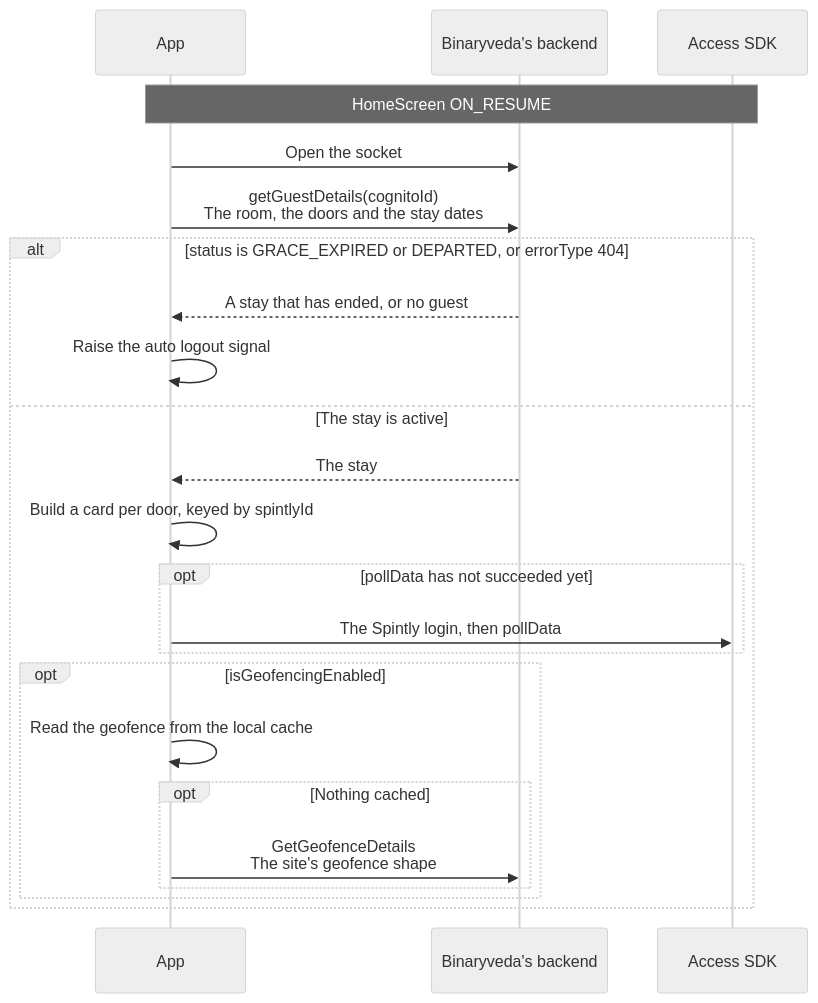
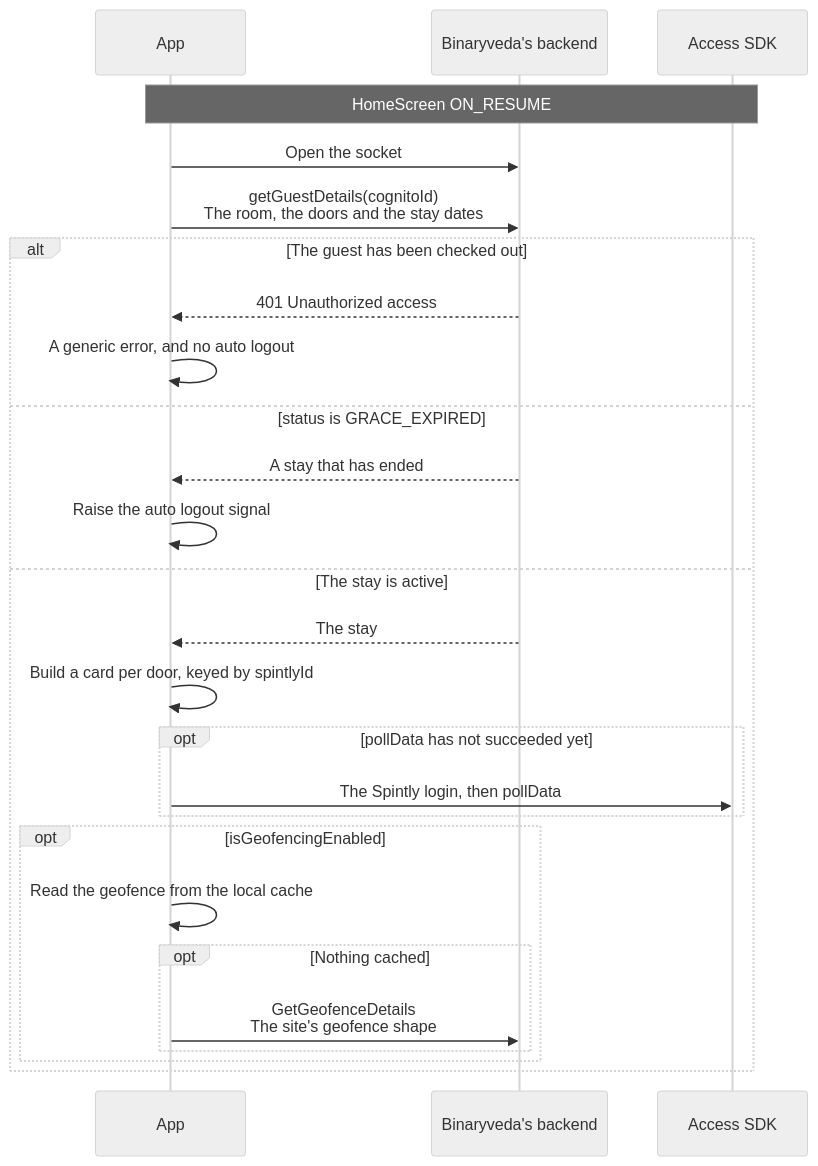
Before and after one commit to Yash-Wadatkar-Binaryveda/sdk-docs-site: the third of 8 diagrams in docs/guest/home.md, drawn with Mermaid (neutral theme). The commit also changed 10 other files, not shown here.

````diff
--- a/docs/guest/home.md
+++ b/docs/guest/home.md
@@ -98,26 +98,29 @@
     ```mermaid
     sequenceDiagram
         participant A as App
         participant B as Binaryveda's backend
         participant S as Access SDK
 
         Note over A,S: HomeScreen ON_RESUME
         A->>B: Open the socket
         A->>B: getGuestDetails(cognitoId)<br/>The room, the doors and the stay dates
-        alt status is GRACE_EXPIRED or DEPARTED, or errorType 404
-            B-->>A: A stay that has ended, or no guest
+        alt The guest has been checked out
+            B-->>A: 401 Unauthorized access
+            A->>A: A generic error, and no auto logout
+        else status is GRACE_EXPIRED
+            B-->>A: A stay that has ended
             A->>A: Raise the auto logout signal
         else The stay is active
             B-->>A: The stay
             A->>A: Build a card per door, keyed by spintlyId
             opt pollData has not succeeded yet
                 A->>S: The Spintly login, then pollData
             end
             opt isGeofencingEnabled
                 A->>A: Read the geofence from the local cache
                 opt Nothing cached
                     A->>B: GetGeofenceDetails<br/>The site's geofence shape
                 end
             end
         end
     ```
````
